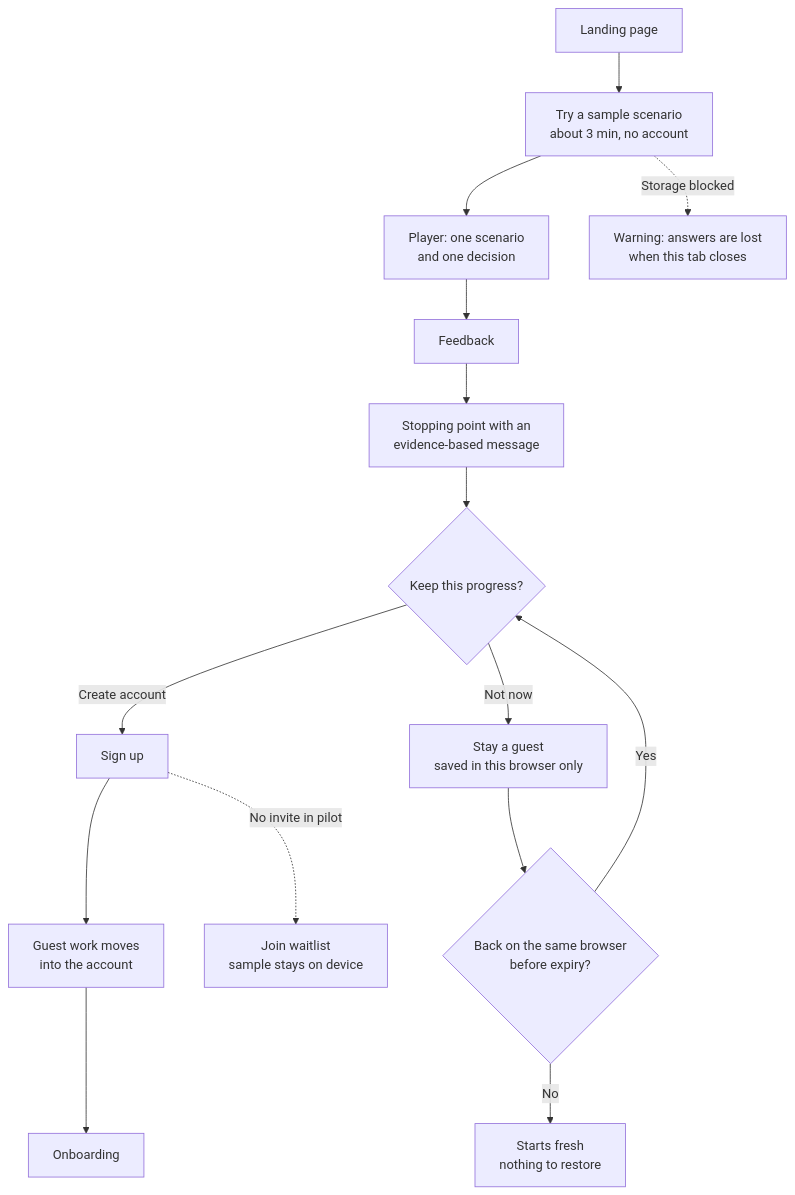
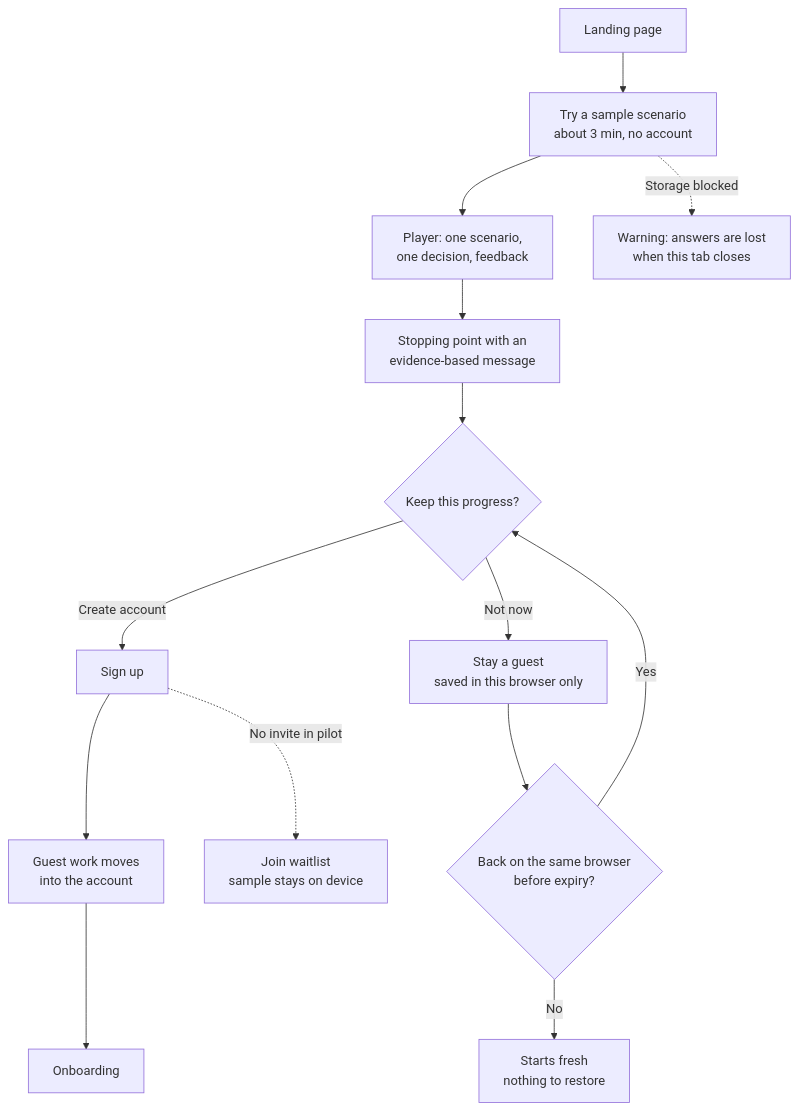
Before and after one commit to GhanshyamSoni68/app_idea: the second of 12 diagrams in devstep/docs/08-ux-and-screens.md, drawn with Mermaid. The commit also changed other lines of this file and 5 other files, not shown here.

````diff
--- a/devstep/docs/08-ux-and-screens.md
+++ b/devstep/docs/08-ux-and-screens.md
@@ -130,17 +130,11 @@
 ```mermaid
 flowchart TD
-  A1["Landing page"] --> A2["Try a sample scenario<br/>about 3 min, no account"]
-  A2 --> A3["Player: one scenario<br/>and one decision"]
-  A3 --> A4["Feedback"]
-  A4 --> A5["Stopping point with an<br/>evidence-based message"]
-  A5 --> A6{"Keep this progress?"}
-  A6 -->|Create account| A7["Sign up"]
-  A7 --> A8["Guest work moves<br/>into the account"]
-  A8 --> A9["Onboarding"]
-  A6 -->|Not now| A10["Stay a guest<br/>saved in this browser only"]
-  A10 --> A11{"Back on the same browser<br/>before expiry?"}
+  A1["Landing page"] --> A2["Try a sample scenario<br/>about 3 min, no account"] --> A3["Player: one scenario,<br/>one decision, feedback"]
+  A3 --> A5["Stopping point with an<br/>evidence-based message"] --> A6{"Keep this progress?"}
+  A6 -->|Create account| A7["Sign up"] --> A8["Guest work moves<br/>into the account"] --> A9["Onboarding"]
+  A6 -->|Not now| A10["Stay a guest<br/>saved in this browser only"] --> A11{"Back on the same browser<br/>before expiry?"}
   A11 -->|Yes| A6
   A11 -->|No| A12["Starts fresh<br/>nothing to restore"]
   A2 -.->|Storage blocked| A13["Warning: answers are lost<br/>when this tab closes"]
   A7 -.->|No invite in pilot| A14["Join waitlist<br/>sample stays on device"]
 ```
````
